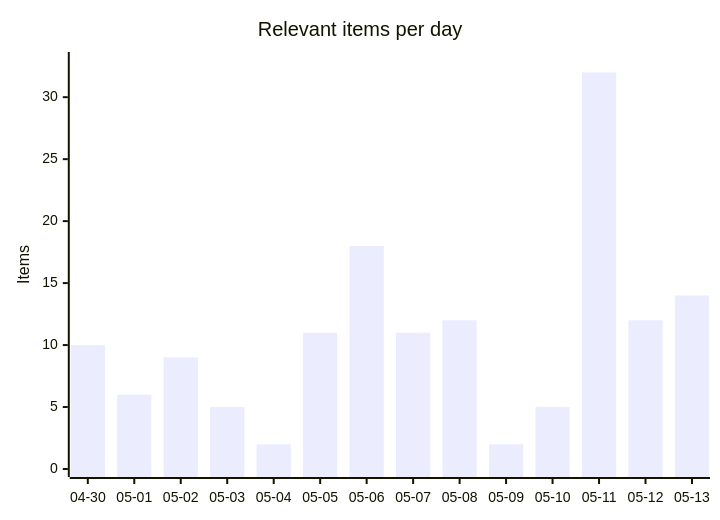
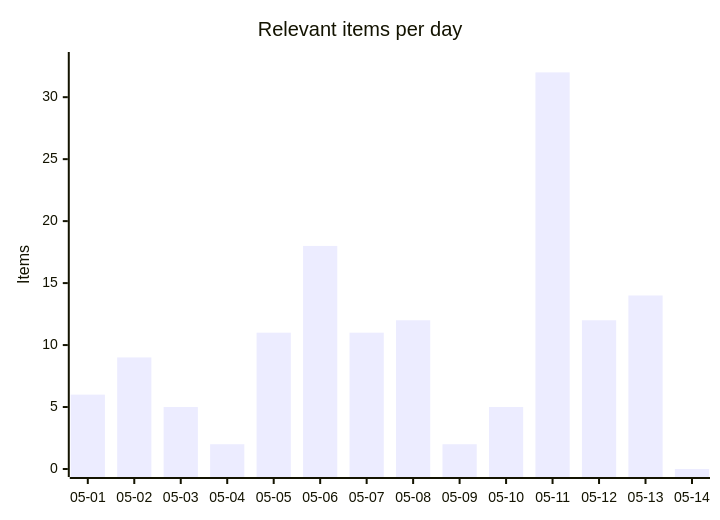
One commit to martinbalfanz/social-scanner-reports changed the first of 4 diagrams in README.md. Above: the diagram before and after it, drawn with Mermaid. The commit also changed other lines of this file and 1 other file, not shown here.

Commit message:
Update reports through 2026-05-14

````diff
--- a/README.md
+++ b/README.md
@@ -30,7 +30,7 @@
 ```mermaid
 xychart-beta
     title "Relevant items per day"
-    x-axis ["04-30", "05-01", "05-02", "05-03", "05-04", "05-05", "05-06", "05-07", "05-08", "05-09", "05-10", "05-11", "05-12", "05-13"]
+    x-axis ["05-01", "05-02", "05-03", "05-04", "05-05", "05-06", "05-07", "05-08", "05-09", "05-10", "05-11", "05-12", "05-13", "05-14"]
     y-axis "Items" 0 --> 33
-    bar [10, 6, 9, 5, 2, 11, 18, 11, 12, 2, 5, 32, 12, 14]
+    bar [6, 9, 5, 2, 11, 18, 11, 12, 2, 5, 32, 12, 14, 0]
 ```
````
